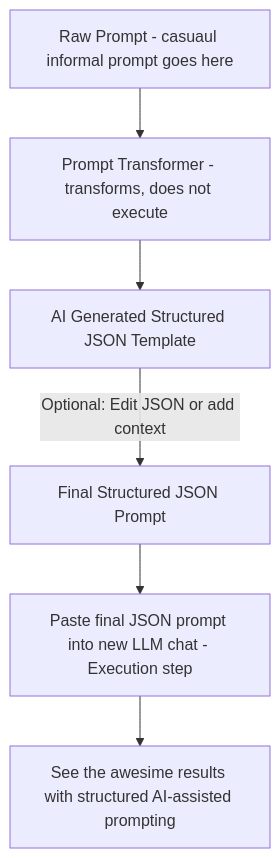
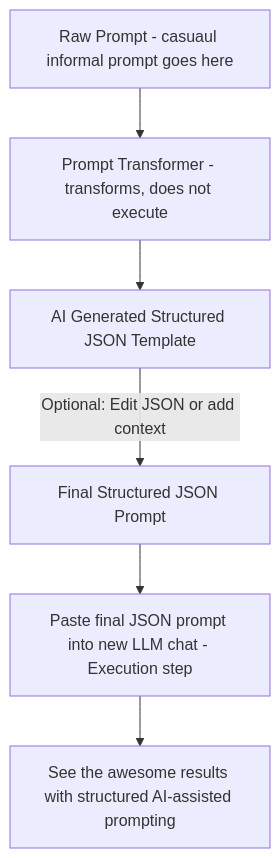
One commit to binu-alexander/metaprompter changed the diagram in Metaprompt.md. Above: the diagram before and after it, drawn with Mermaid.

````diff
--- a/Metaprompt.md
+++ b/Metaprompt.md
@@ -31,9 +31,9 @@
 ```mermaid
 flowchart TD
     A[Raw Prompt - casuaul informal prompt goes here]
     A --> B[Prompt Transformer - transforms, does not execute]
     B --> C[AI Generated Structured JSON Template]
     C -->|Optional: Edit JSON or add context| C2[Final Structured JSON Prompt]
     C2 --> D[Paste final JSON prompt into new LLM chat - Execution step]
-    D --> E[See the awesime results with structured AI-assisted prompting]
+    D --> E[See the awesome results with structured AI-assisted prompting]
 ```
````
